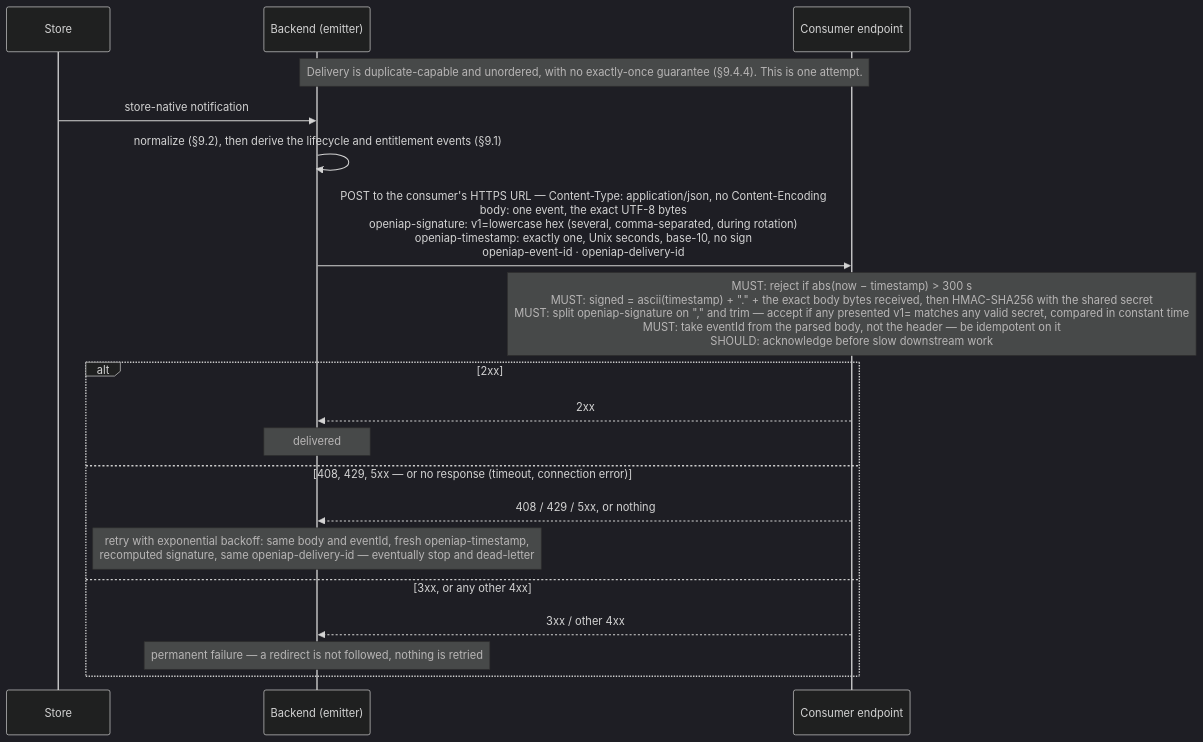
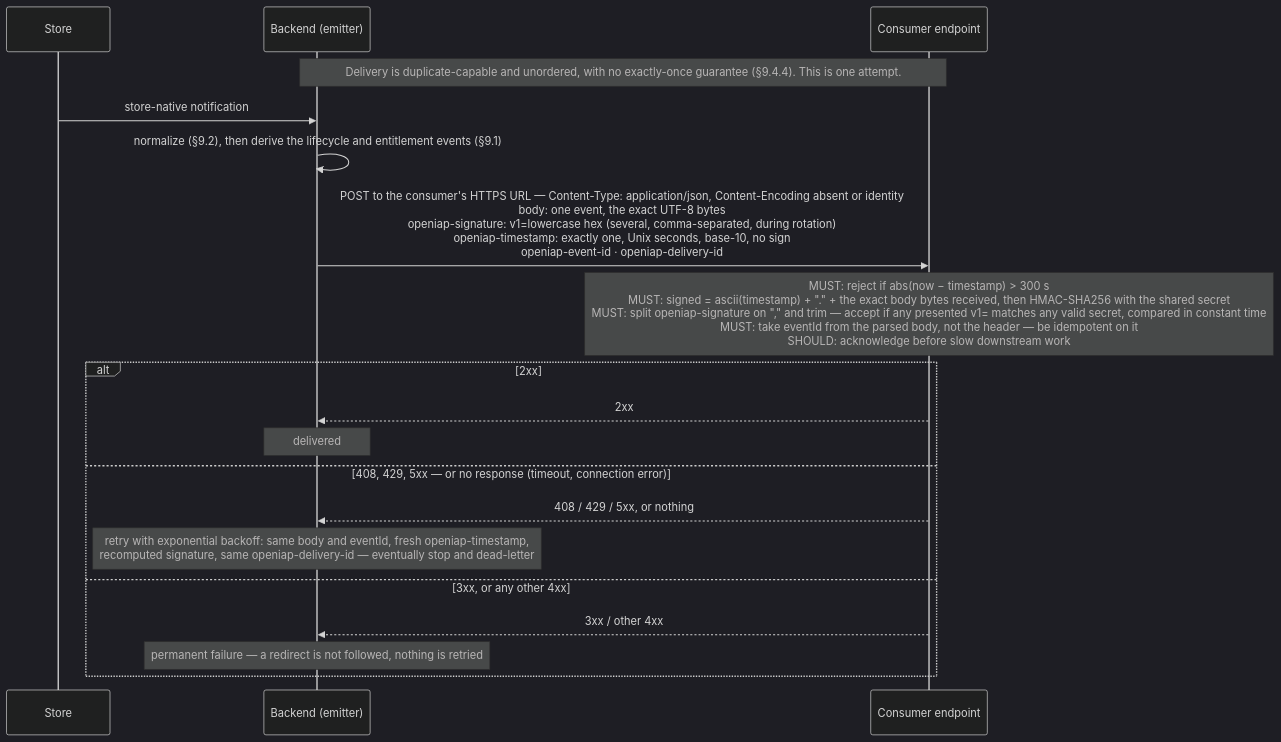
Before and after one commit to hyodotdev/openiap: the second of 3 diagrams in specs/commerce-protocol/SPEC.md, drawn with Mermaid (dark theme). The commit also changed other lines of this file and 4 other files, not shown here.

````diff
--- a/specs/commerce-protocol/SPEC.md
+++ b/specs/commerce-protocol/SPEC.md
@@ -830,23 +830,23 @@
 ```mermaid
 sequenceDiagram
   participant Store
   participant Emitter as Backend (emitter)
   participant Consumer as Consumer endpoint
 
   Note over Emitter,Consumer: Delivery is duplicate-capable and unordered, with no exactly-once guarantee (§9.4.4). This is one attempt.
 
   Store->>Emitter: store-native notification
   Emitter->>Emitter: normalize (§9.2), then derive the lifecycle and entitlement events (§9.1)
-  Emitter->>Consumer: POST to the consumer's HTTPS URL — Content-Type: application/json, no Content-Encoding<br/>body: one event, the exact UTF-8 bytes<br/>openiap-signature: v1=lowercase hex (several, comma-separated, during rotation)<br/>openiap-timestamp: exactly one, Unix seconds, base-10, no sign<br/>openiap-event-id · openiap-delivery-id
+  Emitter->>Consumer: POST to the consumer's HTTPS URL — Content-Type: application/json, Content-Encoding absent or identity<br/>body: one event, the exact UTF-8 bytes<br/>openiap-signature: v1=lowercase hex (several, comma-separated, during rotation)<br/>openiap-timestamp: exactly one, Unix seconds, base-10, no sign<br/>openiap-event-id · openiap-delivery-id
   Note over Consumer: MUST: reject if abs(now − timestamp) > 300 s<br/>MUST: signed = ascii(timestamp) + "." + the exact body bytes received, then HMAC-SHA256 with the shared secret<br/>MUST: split openiap-signature on "," and trim — accept if any presented v1= matches any valid secret, compared in constant time<br/>MUST: take eventId from the parsed body, not the header — be idempotent on it<br/>SHOULD: acknowledge before slow downstream work
   alt 2xx
     Consumer-->>Emitter: 2xx
     Note over Emitter: delivered
   else 408, 429, 5xx — or no response (timeout, connection error)
     Consumer-->>Emitter: 408 / 429 / 5xx, or nothing
     Note over Emitter: retry with exponential backoff: same body and eventId, fresh openiap-timestamp,<br/>recomputed signature, same openiap-delivery-id — eventually stop and dead-letter
   else 3xx, or any other 4xx
     Consumer-->>Emitter: 3xx / other 4xx
     Note over Emitter: permanent failure — a redirect is not followed, nothing is retried
   end
 ```
````
